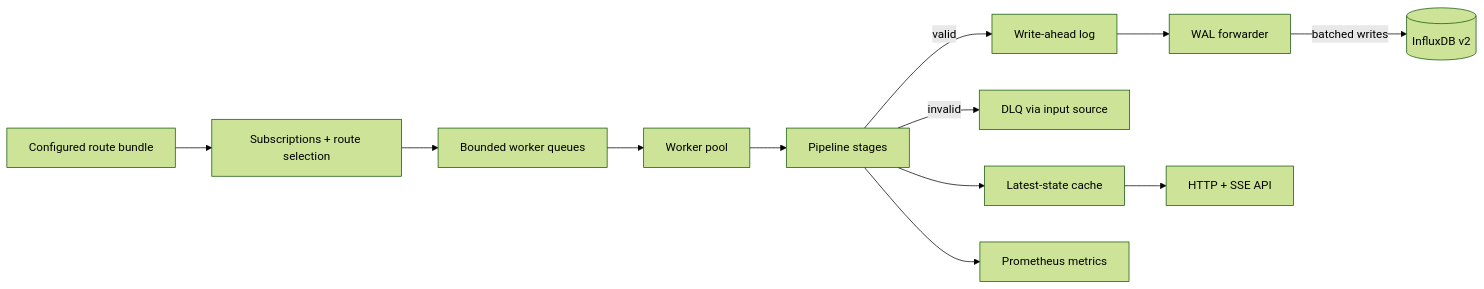
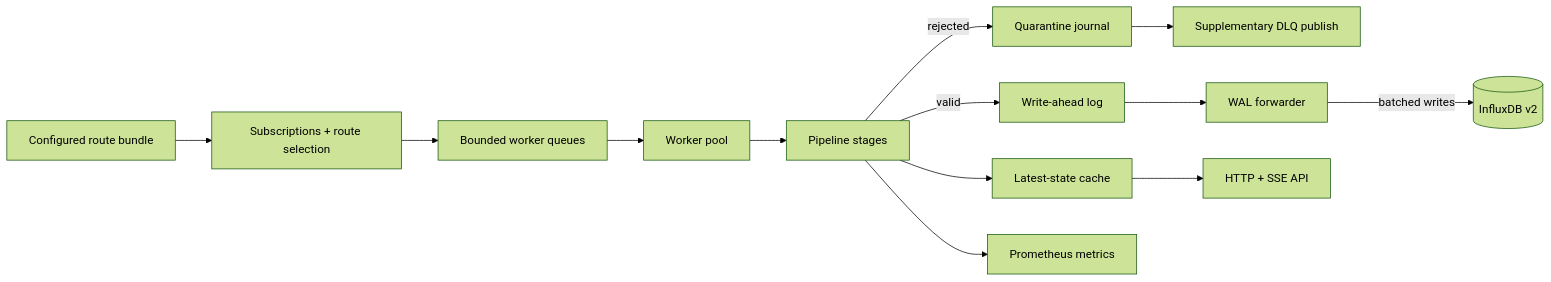
One commit to hengsti/ingestion-service changed the diagram in readme.md. Above: the diagram before and after it, drawn with Mermaid (forest theme). The commit also changed other lines of this file and 10 other files, not shown here.

````diff
--- a/readme.md
+++ b/readme.md
@@ -24,14 +27,15 @@
 ```mermaid
 graph LR
     CFG[Configured route bundle] --> MQTT[Subscriptions + route selection]
     MQTT --> Q[Bounded worker queues]
     Q --> W[Worker pool]
     W --> P[Pipeline stages]
     P -->|valid| WAL[Write-ahead log]
-    P -->|invalid| DLQ[DLQ via input source]
+    P -->|rejected| QJ[Quarantine journal]
+    QJ --> DLQ[Supplementary DLQ publish]
     WAL --> F[WAL forwarder]
     F -->|batched writes| IDB[(InfluxDB v2)]
     P --> CACHE[Latest-state cache]
     CACHE --> HTTP[HTTP + SSE API]
     P --> METRICS[Prometheus metrics]
 ```
````
